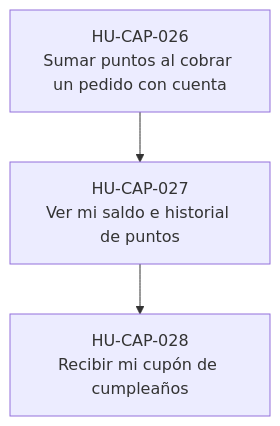
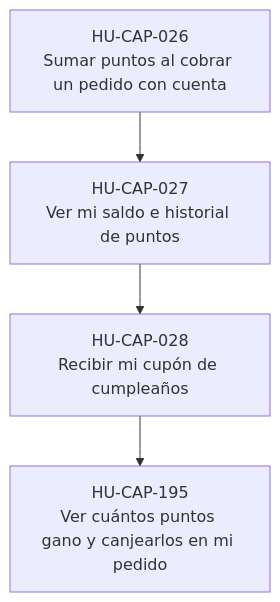
One commit to JoseEM26/caprichos changed the third of 4 diagrams in docs/dor/DOR-FT-CLI-02-puntos-y-beneficio-de-cumpleanos.md. Above: the diagram before and after it, drawn with Mermaid. The commit also changed other lines of this file and 208 other files, not shown here.

````diff
--- a/docs/dor/DOR-FT-CLI-02-puntos-y-beneficio-de-cumpleanos.md
+++ b/docs/dor/DOR-FT-CLI-02-puntos-y-beneficio-de-cumpleanos.md
@@ -103,8 +107,10 @@
 ```mermaid
 flowchart TB
   P0["HU-CAP-026<br>Sumar puntos al cobrar un pedido con cuenta"]
   P1["HU-CAP-027<br>Ver mi saldo e historial de puntos"]
   P0 --> P1
   P2["HU-CAP-028<br>Recibir mi cupón de cumpleaños"]
   P1 --> P2
+  P3["HU-CAP-195<br>Ver cuántos puntos gano y canjearlos en mi pedido"]
+  P2 --> P3
 ```
````
